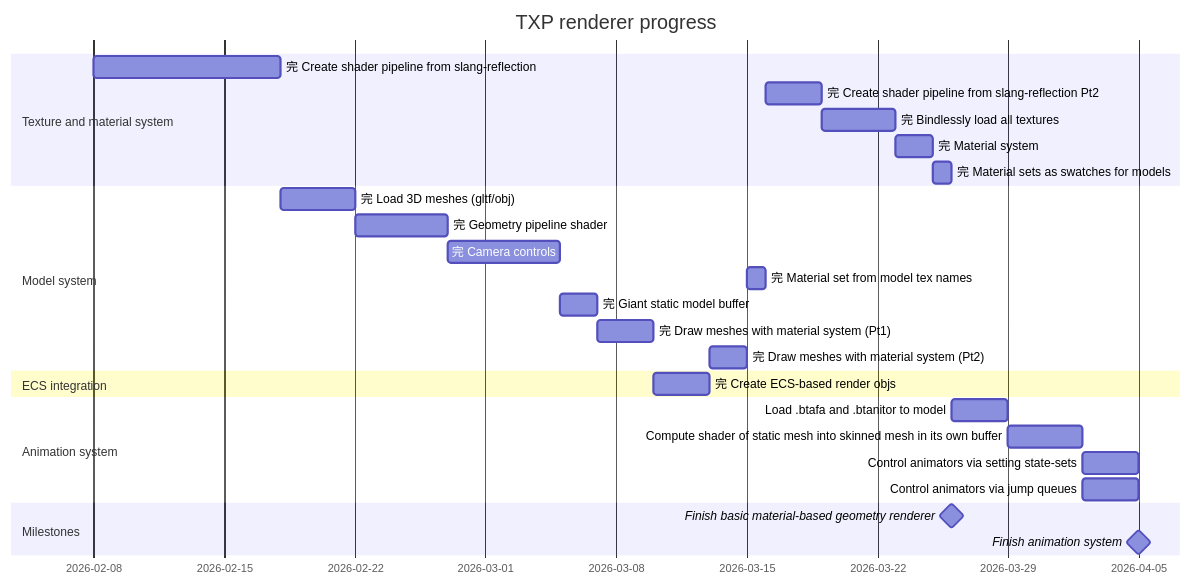
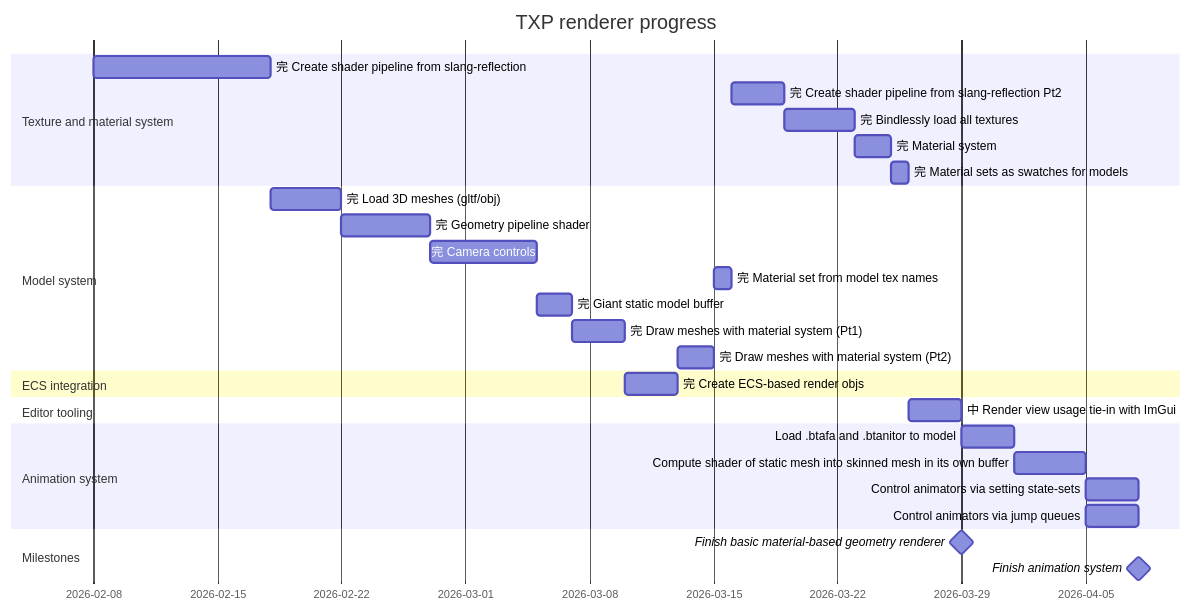
One commit to TheaGal/TXP_renderer changed the second of 3 diagrams in README.md. Above: the diagram before and after it, drawn with Mermaid. The commit also changed 5 other files, not shown here.

````diff
--- a/README.md
+++ b/README.md
@@ -110,29 +110,31 @@
 ```mermaid
 gantt
     title TXP renderer progress
     dateFormat YYYY/MM/DD
     section Texture and material system
         完 Create shader pipeline from slang-reflection  : a1, 2026/02/08, 10d
         完 Create shader pipeline from slang-reflection Pt2  : a1_1, after a6, 3d
         完 Bindlessly load all textures          : a2, after a1_1, 4d
         完 Material system                       : a3, after a2, 2d
         完 Material sets as swatches for models  : a4, after a3, 1d
     section Model system
         完 Load 3D meshes (gltf/obj)         : a5, after a1, 4d
         完 Geometry pipeline shader          : a5_1, after a5, 5d
         完 Camera controls                  : a5_2, after a5_1, 6d
         完 Material set from model tex names : a6, after a14, 1d
         完 Giant static model buffer         : a7, after a5_2, 2d
         完 Draw meshes with material system (Pt1)  : a8, after a7, 3d
         完 Draw meshes with material system (Pt2)  : a14, after a13, 2d
     section ECS integration
         完 Create ECS-based render objs : a13, after a8, 3d
+    section Editor tooling
+        中 Render view usage tie-in with ImGui : a15, after a4, 3d
     section Animation system
         Load .btafa and .btanitor to model : a9, after m1, 3d
         Compute shader of static mesh into skinned mesh in its own buffer : a10, after a9, 4d
         Control animators via setting state-sets : a11, after a10, 3d
         Control animators via jump queues : a12, after a10, 3d
     section Milestones
-        Finish basic material-based geometry renderer : milestone, m1, after a4, 0d
+        Finish basic material-based geometry renderer : milestone, m1, after a15, 0d
         Finish animation system : milestone, m2, after a12, 0d
 ```
````
